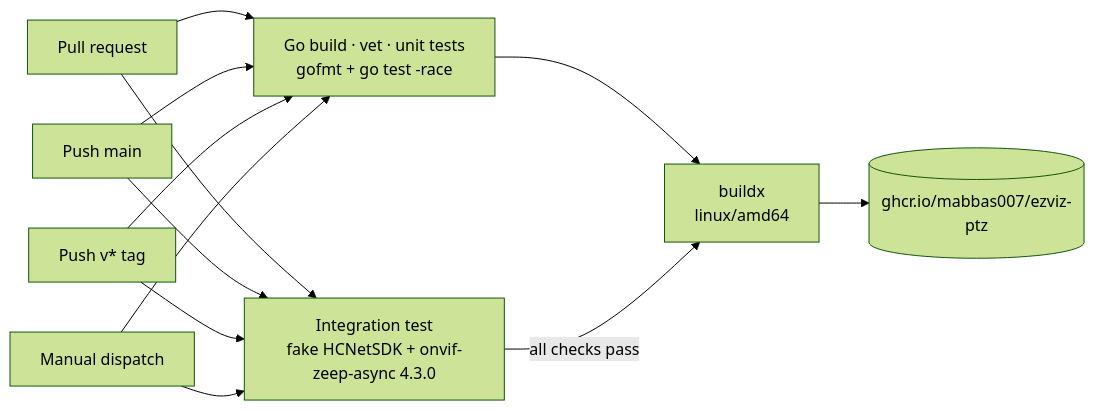
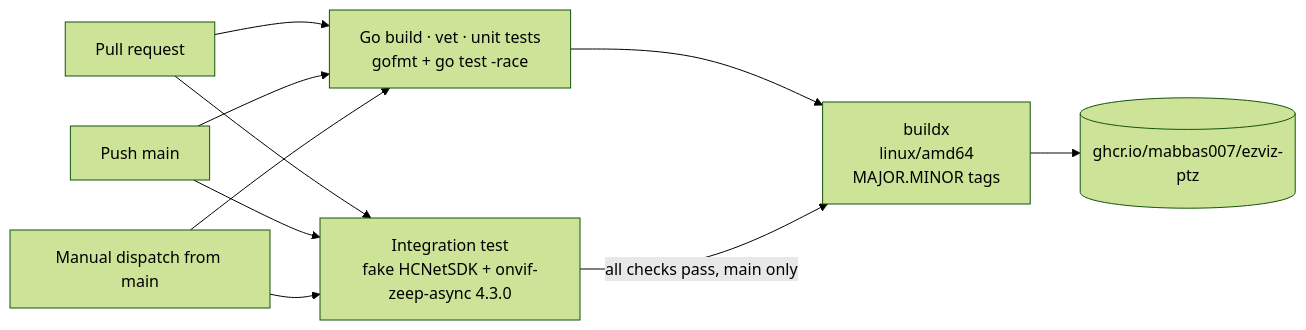
Before and after one commit to mabbas007/ezviz-ptz: diagram 11 of 11 in ARCHITECTURE.md, drawn with Mermaid (forest theme). The commit also changed other lines of this file and 3 other files, not shown here.

````diff
--- a/ARCHITECTURE.md
+++ b/ARCHITECTURE.md
@@ -625,14 +625,12 @@
 ```mermaid
 flowchart LR
     PR["Pull request"] --> GO["Go build · vet · unit tests<br/>gofmt + go test -race"]
     MAIN["Push main"] --> GO
-    TAG["Push v* tag"] --> GO
-    MAN["Manual dispatch"] --> GO
+    MAN["Manual dispatch from main"] --> GO
     PR --> TEST["Integration test<br/>fake HCNetSDK + onvif-zeep-async 4.3.0"]
     MAIN --> TEST
-    TAG --> TEST
     MAN --> TEST
-    GO --> BUILD["buildx<br/>linux/amd64"]
-    TEST -->|"all checks pass"| BUILD
+    GO --> BUILD["buildx<br/>linux/amd64<br/>MAJOR.MINOR tags"]
+    TEST -->|"all checks pass, main only"| BUILD
     BUILD --> GHCR[("ghcr.io/mabbas007/ezviz-ptz")]
 ```
````
